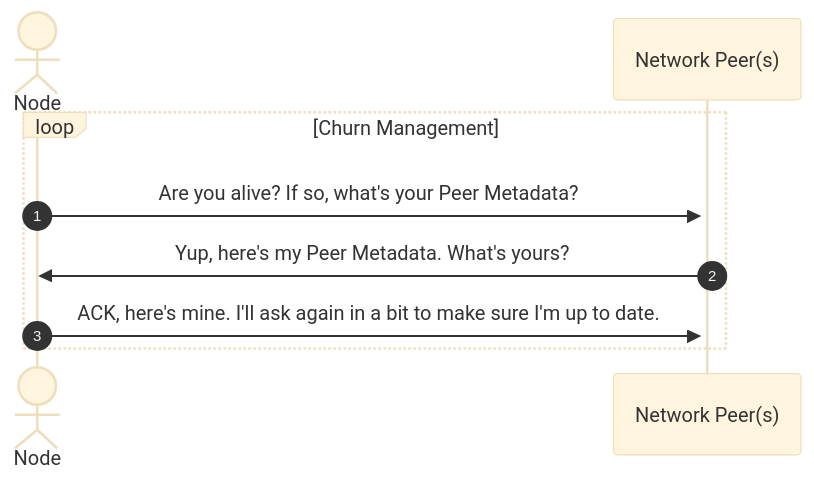
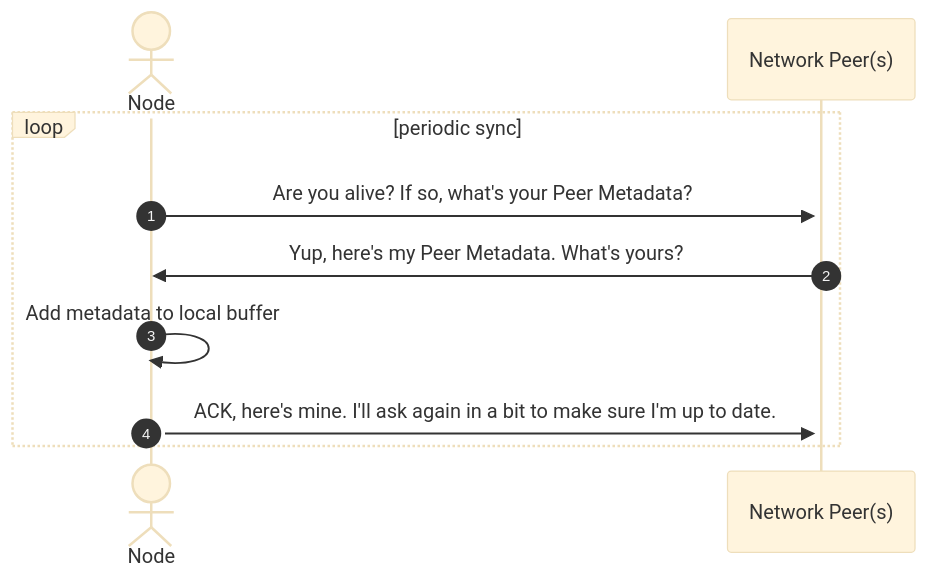
One commit to pokt-network/pocket changed the first of 5 diagrams in consensus/doc/PROTOCOL_STATE_SYNC.md. Above: the diagram before and after it, drawn with Mermaid (base theme). The commit also changed other lines of this file and 32 other files, not shown here.

````diff
--- a/consensus/doc/PROTOCOL_STATE_SYNC.md
+++ b/consensus/doc/PROTOCOL_STATE_SYNC.md
@@ -51,13 +66,14 @@
 ```mermaid
 sequenceDiagram
     autonumber
 
     actor N as Node
     participant NP as Network Peer(s)
 
-    loop Churn Management
+    loop periodic sync
         N->>+NP: Are you alive? If so, what's your Peer Metadata?
         NP->>N: Yup, here's my Peer Metadata. What's yours?
+        N->>+N: Add metadata to local buffer
         N->>NP: ACK, here's mine. I'll ask again in a bit to make sure I'm up to date.
     end
 ```
````
